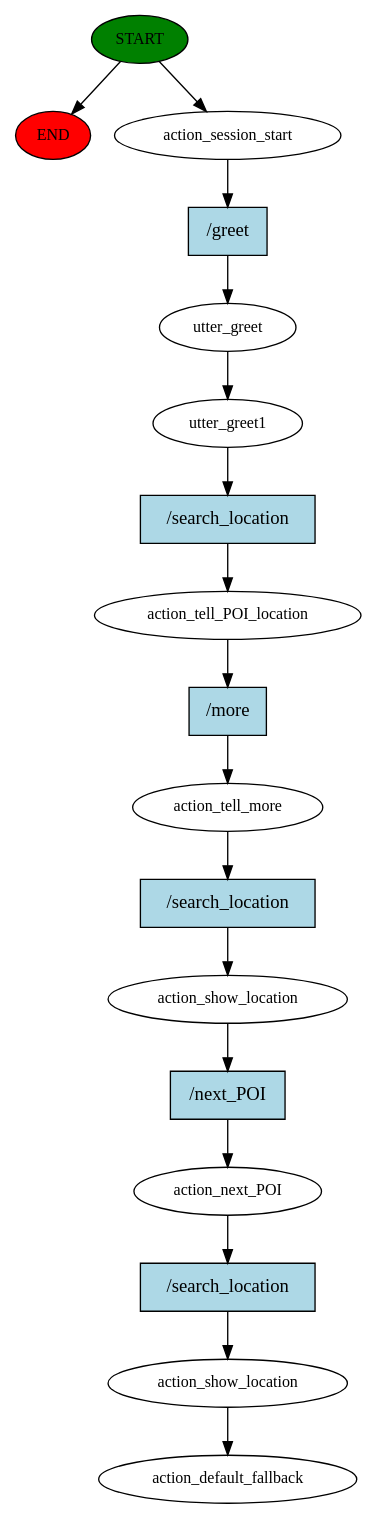
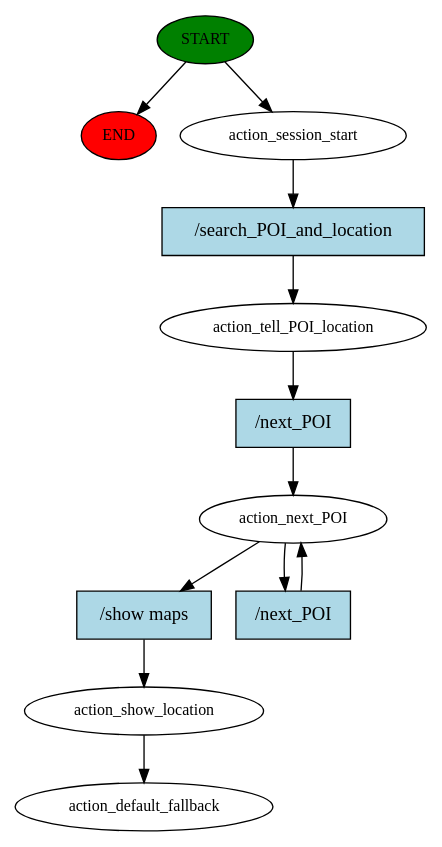
One commit to E126BG/BSP_6 changed the diagram in Yori/story_graph.dot. Above: the diagram before and after it, drawn with Graphviz. The commit also changed 9 other files, not shown here.

```diff
--- a/Yori/story_graph.dot
+++ b/Yori/story_graph.dot
@@ -1,35 +1,24 @@
 digraph  {
 0 [class="start active", fillcolor=green, fontsize=12, label=START, style=filled];
 "-1" [class=end, fillcolor=red, fontsize=12, label=END, style=filled];
 1 [class=active, fontsize=12, label=action_session_start];
-2 [class=active, fontsize=12, label=utter_greet];
-3 [class=active, fontsize=12, label=utter_greet1];
-4 [class=active, fontsize=12, label=action_tell_POI_location];
-5 [class=active, fontsize=12, label=action_tell_more];
-6 [class=active, fontsize=12, label=action_show_location];
-7 [class=active, fontsize=12, label=action_next_POI];
-8 [class=active, fontsize=12, label=action_show_location];
-9 [class="dashed active", fontsize=12, label=action_default_fallback];
-10 [class="intent active", fillcolor=lightblue, label="/greet", shape=rect, style=filled];
-11 [class="intent active", fillcolor=lightblue, label="/search_location", shape=rect, style=filled];
-12 [class="intent active", fillcolor=lightblue, label="/more", shape=rect, style=filled];
-13 [class="intent active", fillcolor=lightblue, label="/search_location", shape=rect, style=filled];
-14 [class="intent active", fillcolor=lightblue, label="/next_POI", shape=rect, style=filled];
-15 [class="intent active", fillcolor=lightblue, label="/search_location", shape=rect, style=filled];
+2 [class=active, fontsize=12, label=action_tell_POI_location];
+3 [class=active, fontsize=12, label=action_next_POI];
+5 [class=active, fontsize=12, label=action_show_location];
+6 [class="dashed active", fontsize=12, label=action_default_fallback];
+7 [class="intent active", fillcolor=lightblue, label="/search_POI_and_location", shape=rect, style=filled];
+8 [class="intent active", fillcolor=lightblue, label="/next_POI", shape=rect, style=filled];
+9 [class="intent active", fillcolor=lightblue, label="/show maps", shape=rect, style=filled];
+10 [class="intent active", fillcolor=lightblue, label="/next_POI", shape=rect, style=filled];
 0 -> "-1"  [class="", key=NONE, label=""];
 0 -> 1  [class=active, key=NONE, label=""];
-1 -> 10  [class=active, key=0];
-2 -> 3  [class=active, key=NONE, label=""];
-3 -> 11  [class=active, key=0];
-4 -> 12  [class=active, key=0];
-5 -> 13  [class=active, key=0];
-6 -> 14  [class=active, key=0];
-7 -> 15  [class=active, key=0];
-8 -> 9  [class=active, key=NONE, label=""];
-10 -> 2  [class=active, key=0];
-11 -> 4  [class=active, key=0];
-12 -> 5  [class=active, key=0];
-13 -> 6  [class=active, key=0];
-14 -> 7  [class=active, key=0];
-15 -> 8  [class=active, key=0];
+1 -> 7  [class=active, key=0];
+2 -> 8  [class=active, key=0];
+3 -> 9  [class=active, key=0];
+3 -> 10  [class=active, key=0];
+5 -> 6  [class=active, key=NONE, label=""];
+7 -> 2  [class=active, key=0];
+8 -> 3  [class=active, key=0];
+9 -> 5  [class=active, key=0];
+10 -> 3  [class=active, key=0];
 }
```
